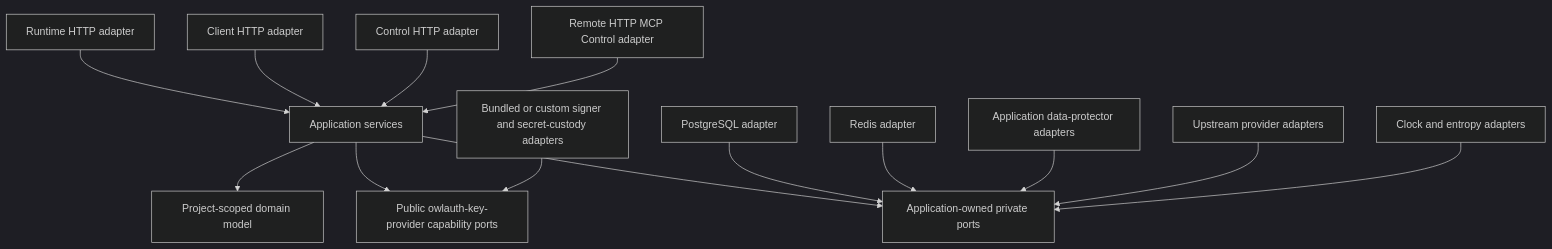
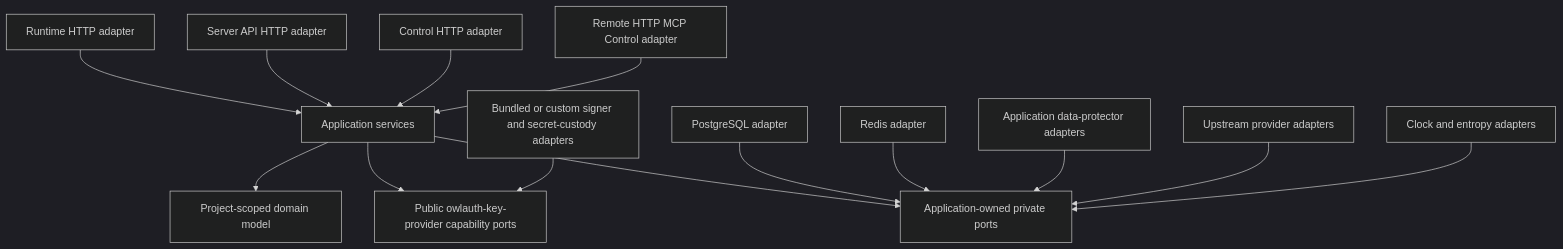
Before and after one commit to owlfoundry/owlauth: the first of 3 diagrams in spec/02-domain-and-crate-boundaries.md, drawn with Mermaid (dark theme). The commit also changed other lines of this file and 182 other files, not shown here.

First line of the commit message:
feat(server+cli)!: replace client API with project server API

````diff
--- a/spec/02-domain-and-crate-boundaries.md
+++ b/spec/02-domain-and-crate-boundaries.md
@@ -7,16 +7,16 @@
 ```mermaid
 flowchart TB
     RHTTP[Runtime HTTP adapter] --> APP[Application services]
-    BHTTP[Client HTTP adapter] --> APP
+    BHTTP[Server API HTTP adapter] --> APP
     CHTTP[Control HTTP adapter] --> APP
     MCP[Remote HTTP MCP Control adapter] --> APP
     APP --> DOMAIN[Project-scoped domain model]
     APP --> PORTS[Application-owned private ports]
     APP --> SPI[Public owlauth-key-provider capability ports]
     PG[PostgreSQL adapter] --> PORTS
     RC[Redis adapter] --> PORTS
     SIGN[Bundled or custom signer and secret-custody adapters] --> SPI
     DATA[Application data-protector adapters] --> PORTS
     UP[Upstream provider adapters] --> PORTS
     CLOCK[Clock and entropy adapters] --> PORTS
 ```
````
